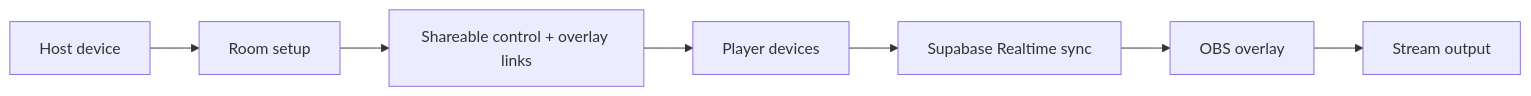
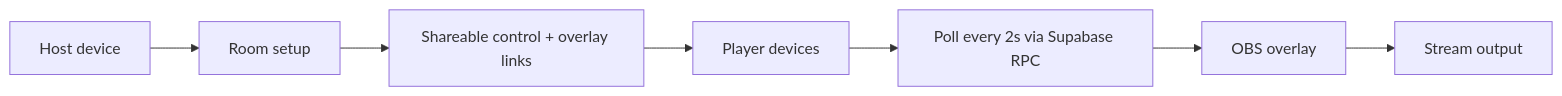
Before and after one commit to vermosi/lifelinkmtg: the diagram in README.md, drawn with Mermaid. The commit also changed other lines of this file, not shown here.

````diff
--- a/README.md
+++ b/README.md
@@ -37,9 +37,9 @@
 ```mermaid
 flowchart LR
   Host["Host device"] --> Room["Room setup"]
   Room --> Links["Shareable control + overlay links"]
   Links --> Players["Player devices"]
-  Players --> Realtime["Supabase Realtime sync"]
-  Realtime --> Overlay["OBS overlay"]
+  Players --> Poll["Poll every 2s via Supabase RPC"]
+  Poll --> Overlay["OBS overlay"]
   Overlay --> Stream["Stream output"]
 ```
````
